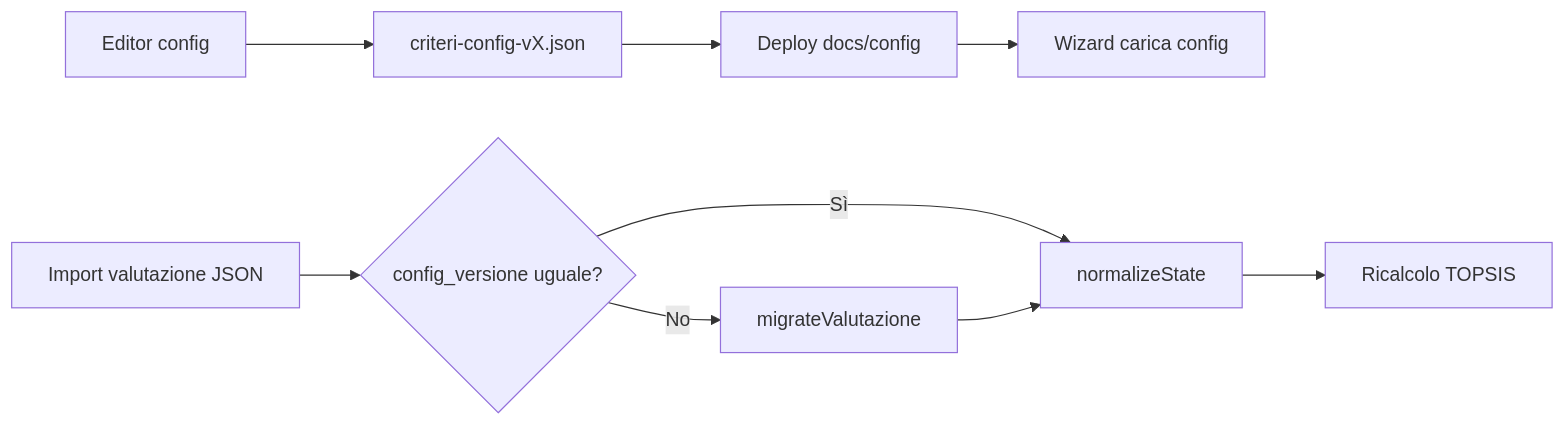
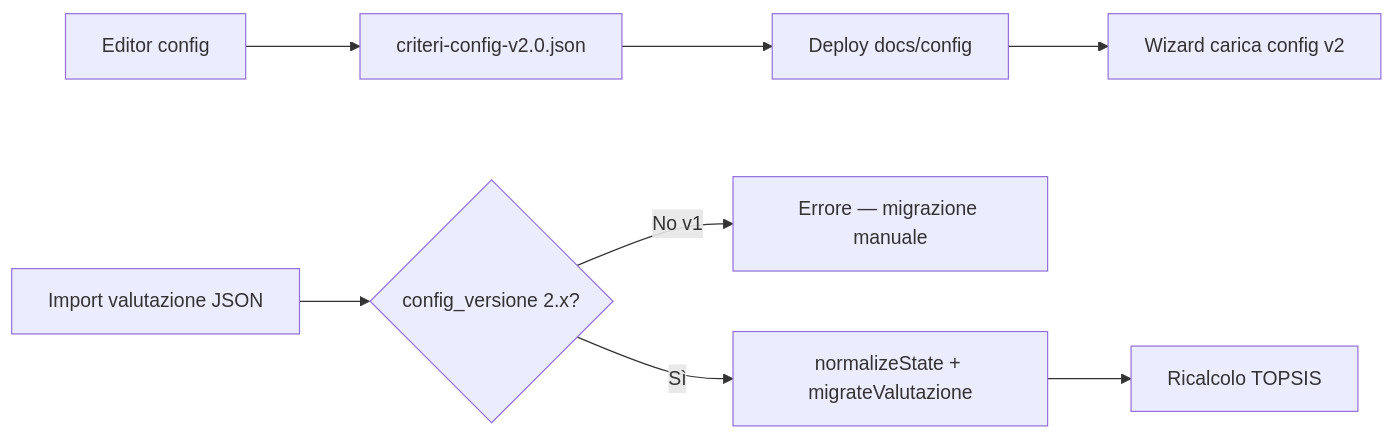
One commit to teamdigitale/devita-ccros-valcomp-software-pa changed the diagram in documentation/config-migration.md. Above: the diagram before and after it, drawn with Mermaid. The commit also changed other lines of this file and 10 other files, not shown here.

````diff
--- a/documentation/config-migration.md
+++ b/documentation/config-migration.md
@@ -106,11 +102,10 @@
 ```mermaid
 flowchart LR
-  A[Editor config] --> B[criteri-config-vX.json]
+  A[Editor config] --> B[criteri-config-v2.0.json]
   B --> C[Deploy docs/config]
-  C --> D[Wizard carica config]
-  E[Import valutazione JSON] --> F{config_versione uguale?}
-  F -->|Sì| G[normalizeState]
-  F -->|No| H[migrateValutazione]
-  H --> G
-  G --> I[Ricalcolo TOPSIS]
+  C --> D[Wizard carica config v2]
+  E[Import valutazione JSON] --> F{config_versione 2.x?}
+  F -->|No v1| X[Errore — migrazione manuale]
+  F -->|Sì| G[normalizeState + migrateValutazione]
+  G --> H[Ricalcolo TOPSIS]
 ```
````
